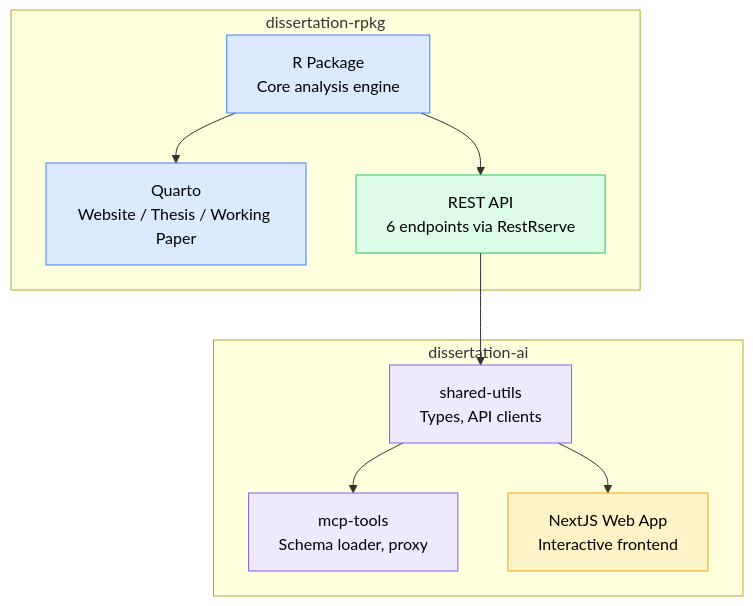
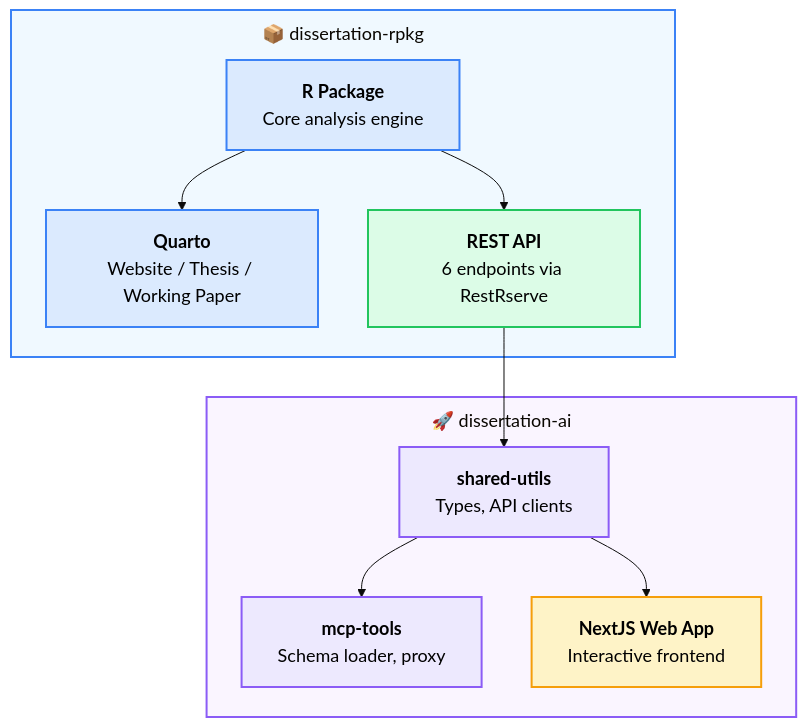
One commit to dataimago/dissertation changed the third of 6 diagrams in quarto_website/training-presentation.qmd. Above: the diagram before and after it, drawn with Mermaid. The commit also changed other lines of this file and 16 other files, not shown here.

````diff
--- a/quarto_website/training-presentation.qmd
+++ b/quarto_website/training-presentation.qmd
@@ -452,30 +566,32 @@
 ```{mermaid}
 %%| echo: false
-%%| eval: true
-%%| fig-width: 14
+%%| fig-responsive: false
+%%{init: {'theme': 'base', 'themeVariables': {'fontSize': '18px', 'fontFamily': 'Inter, system-ui, sans-serif'}, 'flowchart': {'nodeSpacing': 50, 'rankSpacing': 60, 'padding': 18, 'htmlLabels': true, 'subGraphTitleMargin': {'top': 10, 'bottom': 10}}}}%%
 flowchart TB
-    subgraph "dissertation-rpkg"
-        R["R Package\nCore analysis engine"]
-        Q["Quarto\nWebsite / Thesis / Working Paper"]
-        API["REST API\n6 endpoints via RestRserve"]
+    subgraph rpkg ["📦 dissertation-rpkg"]
+        R["<b>R Package</b><br/>Core analysis engine"]
+        Q["<b>Quarto</b><br/>Website / Thesis / Working Paper"]
+        API["<b>REST API</b><br/>6 endpoints via RestRserve"]
     end
 
-    subgraph "dissertation-ai"
-        SU["shared-utils\nTypes, API clients"]
-        MCP["mcp-tools\nSchema loader, proxy"]
-        WA["NextJS Web App\nInteractive frontend"]
+    subgraph ai ["🚀 dissertation-ai"]
+        SU["<b>shared-utils</b><br/>Types, API clients"]
+        MCP["<b>mcp-tools</b><br/>Schema loader, proxy"]
+        WA["<b>NextJS Web App</b><br/>Interactive frontend"]
     end
 
     R --> API
     R --> Q
     API --> SU
     SU --> MCP
     SU --> WA
 
-    style R fill:#dbeafe,stroke:#3b82f6,color:#000
-    style Q fill:#dbeafe,stroke:#3b82f6,color:#000
-    style API fill:#dcfce7,stroke:#22c55e,color:#000
-    style SU fill:#ede9fe,stroke:#8b5cf6,color:#000
-    style MCP fill:#ede9fe,stroke:#8b5cf6,color:#000
-    style WA fill:#fef3c7,stroke:#f59e0b,color:#000
+    style R fill:#dbeafe,stroke:#3b82f6,stroke-width:2px,color:#000
+    style Q fill:#dbeafe,stroke:#3b82f6,stroke-width:2px,color:#000
+    style API fill:#dcfce7,stroke:#22c55e,stroke-width:2px,color:#000
+    style SU fill:#ede9fe,stroke:#8b5cf6,stroke-width:2px,color:#000
+    style MCP fill:#ede9fe,stroke:#8b5cf6,stroke-width:2px,color:#000
+    style WA fill:#fef3c7,stroke:#f59e0b,stroke-width:2px,color:#000
+    style rpkg fill:#f0f9ff,stroke:#3b82f6,stroke-width:2px
+    style ai fill:#faf5ff,stroke:#8b5cf6,stroke-width:2px
 ```
````
